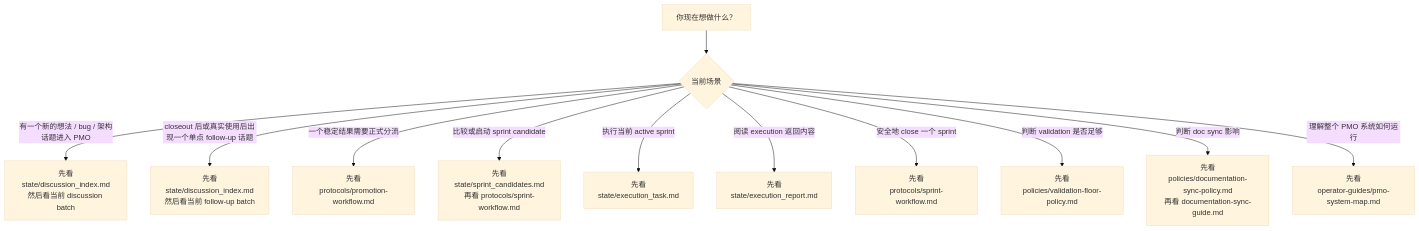
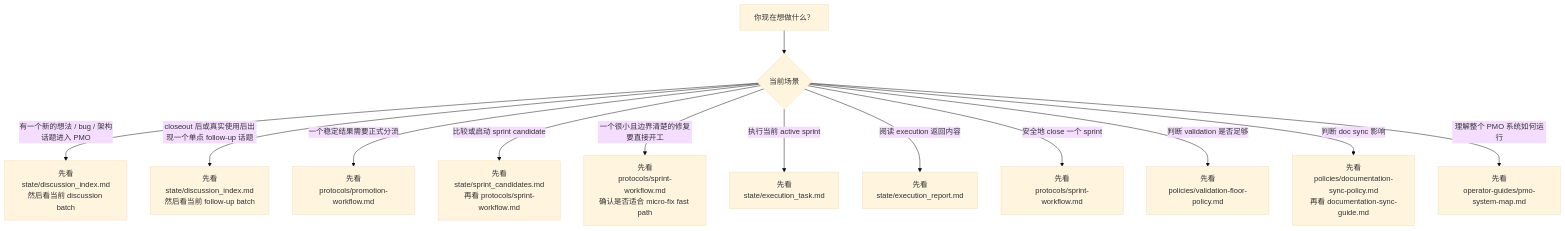
One commit to Alllllier/Sayachan-Lite changed the diagram in docs/pmo/operator-guides/where-to-start.md. Above: the diagram before and after it, drawn with Mermaid (base theme). The commit also changed other lines of this file and 11 other files, not shown here.

Commit message:
docs(pmo): add micro-fix fast path

````diff
--- a/docs/pmo/operator-guides/where-to-start.md
+++ b/docs/pmo/operator-guides/where-to-start.md
@@ -11,15 +11,16 @@
 ```mermaid
 flowchart TD
     A["你现在想做什么？"] --> B{"当前场景"}
 
     B -- "有一个新的想法 / bug / 架构话题进入 PMO" --> C["先看<br/>state/discussion_index.md<br/>然后看当前 discussion batch"]
     B -- "closeout 后或真实使用后出现一个单点 follow-up 话题" --> C2["先看<br/>state/discussion_index.md<br/>然后看当前 follow-up batch"]
     B -- "一个稳定结果需要正式分流" --> D["先看<br/>protocols/promotion-workflow.md"]
     B -- "比较或启动 sprint candidate" --> E["先看<br/>state/sprint_candidates.md<br/>再看 protocols/sprint-workflow.md"]
+    B -- "一个很小且边界清楚的修复要直接开工" --> E2["先看<br/>protocols/sprint-workflow.md<br/>确认是否适合 micro-fix fast path"]
     B -- "执行当前 active sprint" --> F["先看<br/>state/execution_task.md"]
     B -- "阅读 execution 返回内容" --> G["先看<br/>state/execution_report.md"]
     B -- "安全地 close 一个 sprint" --> H["先看<br/>protocols/sprint-workflow.md"]
     B -- "判断 validation 是否足够" --> I["先看<br/>policies/validation-floor-policy.md"]
     B -- "判断 doc sync 影响" --> J["先看<br/>policies/documentation-sync-policy.md<br/>再看 documentation-sync-guide.md"]
     B -- "理解整个 PMO 系统如何运行" --> K["先看<br/>operator-guides/pmo-system-map.md"]
 ```
````
